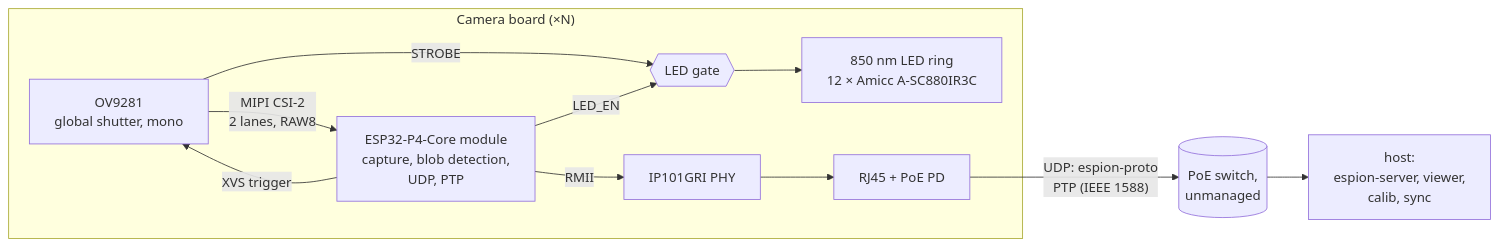
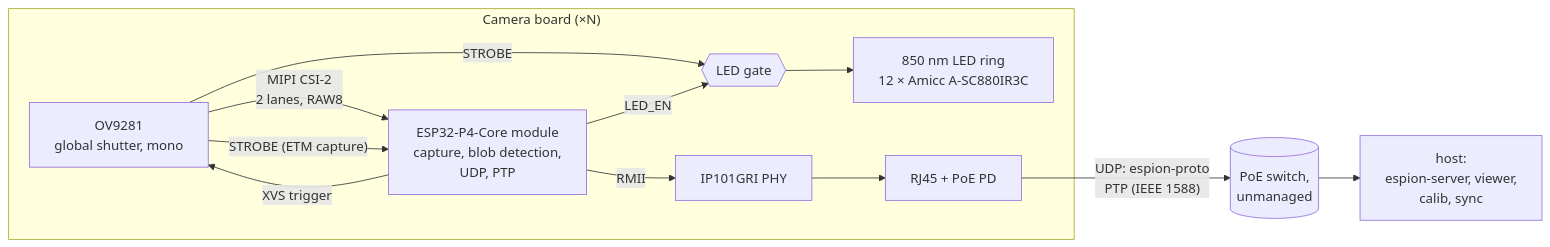
Before and after one commit to azais-corentin/espion: the first of 2 diagrams in docs/architecture.md, drawn with Mermaid. The commit also changed other lines of this file and 4 other files, not shown here.

First line of the commit message:
docs(espion-cam): Designed the espion-cam schematic architecture

````diff
--- a/docs/architecture.md
+++ b/docs/architecture.md
@@ -8,14 +8,15 @@
 ```mermaid
 flowchart LR
   subgraph board["Camera board (×N)"]
     S[OV9281<br/>global shutter, mono] -- "MIPI CSI-2<br/>2 lanes, RAW8" --> P4[ESP32-P4-Core module<br/>capture, blob detection,<br/>UDP, PTP]
     P4 -- "XVS trigger" --> S
     S -- STROBE --> G{{LED gate}}
+    S -- "STROBE (ETM capture)" --> P4
     P4 -- LED_EN --> G
     G --> L[850 nm LED ring<br/>12 × Amicc A-SC880IR3C]
     P4 -- RMII --> PHY[IP101GRI PHY]
     PHY --> J[RJ45 + PoE PD]
   end
   J -- "UDP: espion-proto<br/>PTP (IEEE 1588)" --> SW[(PoE switch,<br/>unmanaged)]
   SW --> H[host:<br/>espion-server, viewer,<br/>calib, sync]
 ```
````
